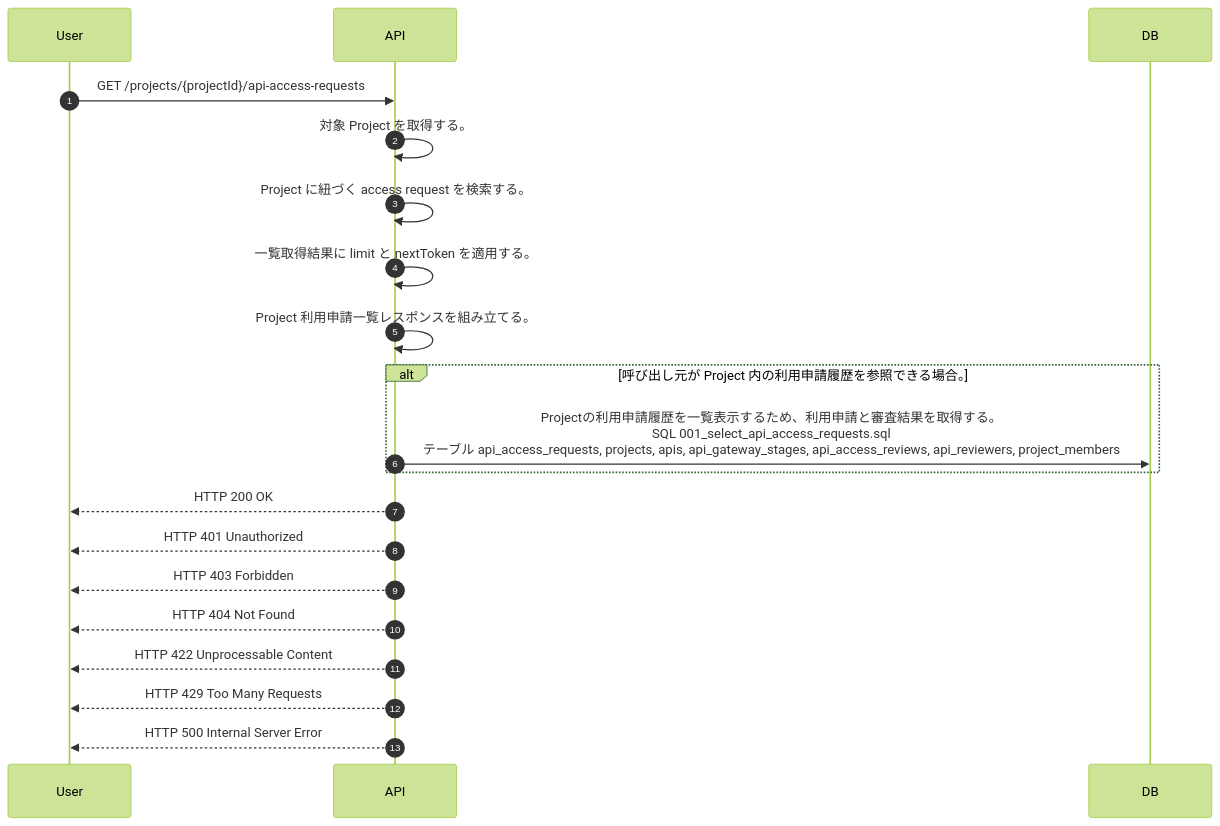
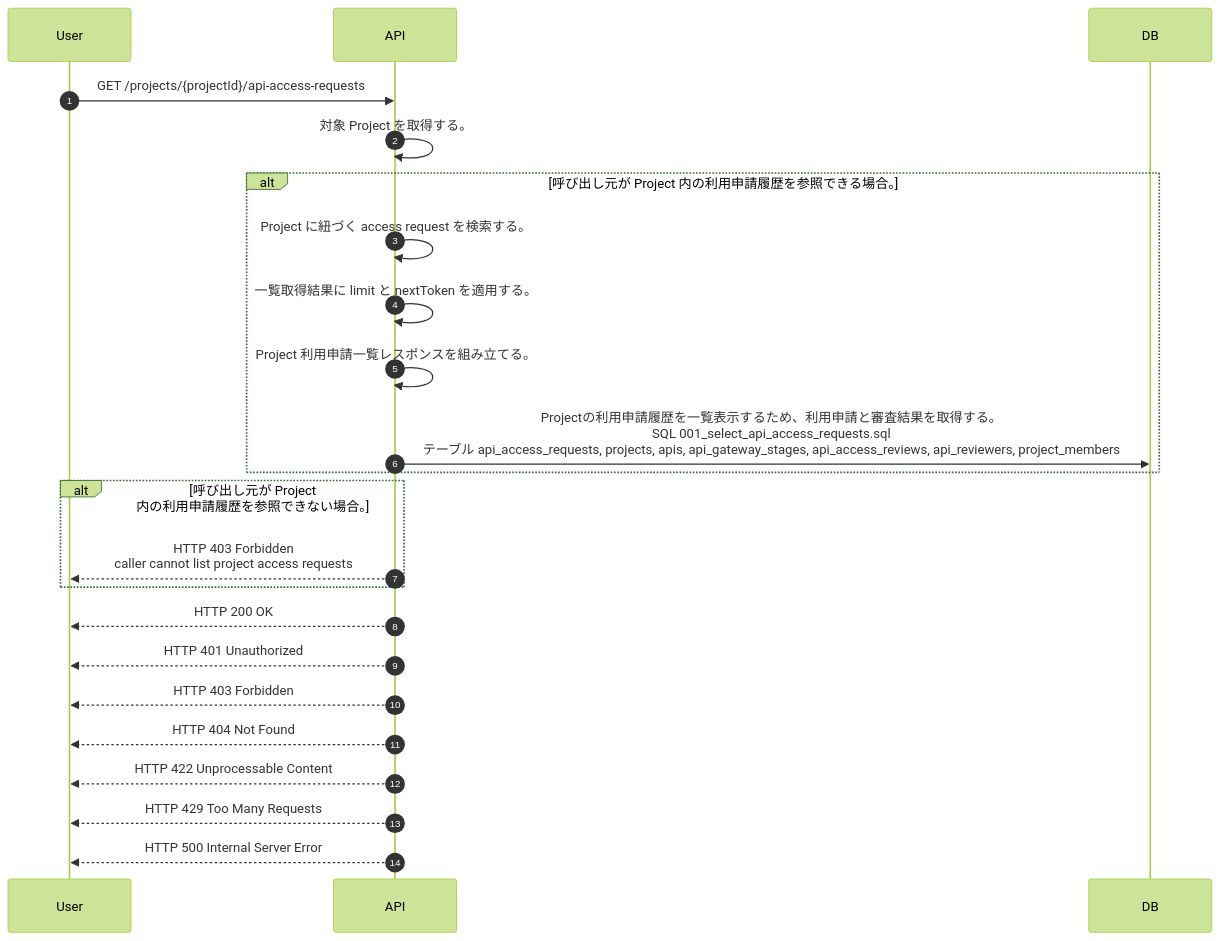
Before and after one commit to tsuji-tomonori/lazunex: the diagram in docs/spec/40.apis/projects/list_project_api_access_requests/sequence_gen.md, drawn with Mermaid (forest theme). The commit also changed 46 other files, not shown here.

````diff
--- a/docs/spec/40.apis/projects/list_project_api_access_requests/sequence_gen.md
+++ b/docs/spec/40.apis/projects/list_project_api_access_requests/sequence_gen.md
@@ -5,22 +5,25 @@
 ```mermaid
 sequenceDiagram
   autonumber
   participant User as User
   participant API as API
   participant DB as DB
   User->>API: GET /projects/{projectId}/api-access-requests
   API->>API: 対象 Project を取得する。
-  API->>API: Project に紐づく access request を検索する。
-  API->>API: 一覧取得結果に limit と nextToken を適用する。
-  API->>API: Project 利用申請一覧レスポンスを組み立てる。
   alt 呼び出し元が Project 内の利用申請履歴を参照できる場合。
+    API->>API: Project に紐づく access request を検索する。
+    API->>API: 一覧取得結果に limit と nextToken を適用する。
+    API->>API: Project 利用申請一覧レスポンスを組み立てる。
     API->>DB: Projectの利用申請履歴を一覧表示するため、利用申請と審査結果を取得する。<br/>SQL 001_select_api_access_requests.sql<br/>テーブル api_access_requests, projects, apis, api_gateway_stages, api_access_reviews, api_reviewers, project_members
+  end
+  alt 呼び出し元が Project 内の利用申請履歴を参照できない場合。
+    API-->>User: HTTP 403 Forbidden<br/>caller cannot list project access requests
   end
   API-->>User: HTTP 200 OK
   API-->>User: HTTP 401 Unauthorized
   API-->>User: HTTP 403 Forbidden
   API-->>User: HTTP 404 Not Found
   API-->>User: HTTP 422 Unprocessable Content
   API-->>User: HTTP 429 Too Many Requests
   API-->>User: HTTP 500 Internal Server Error
 ```
````
